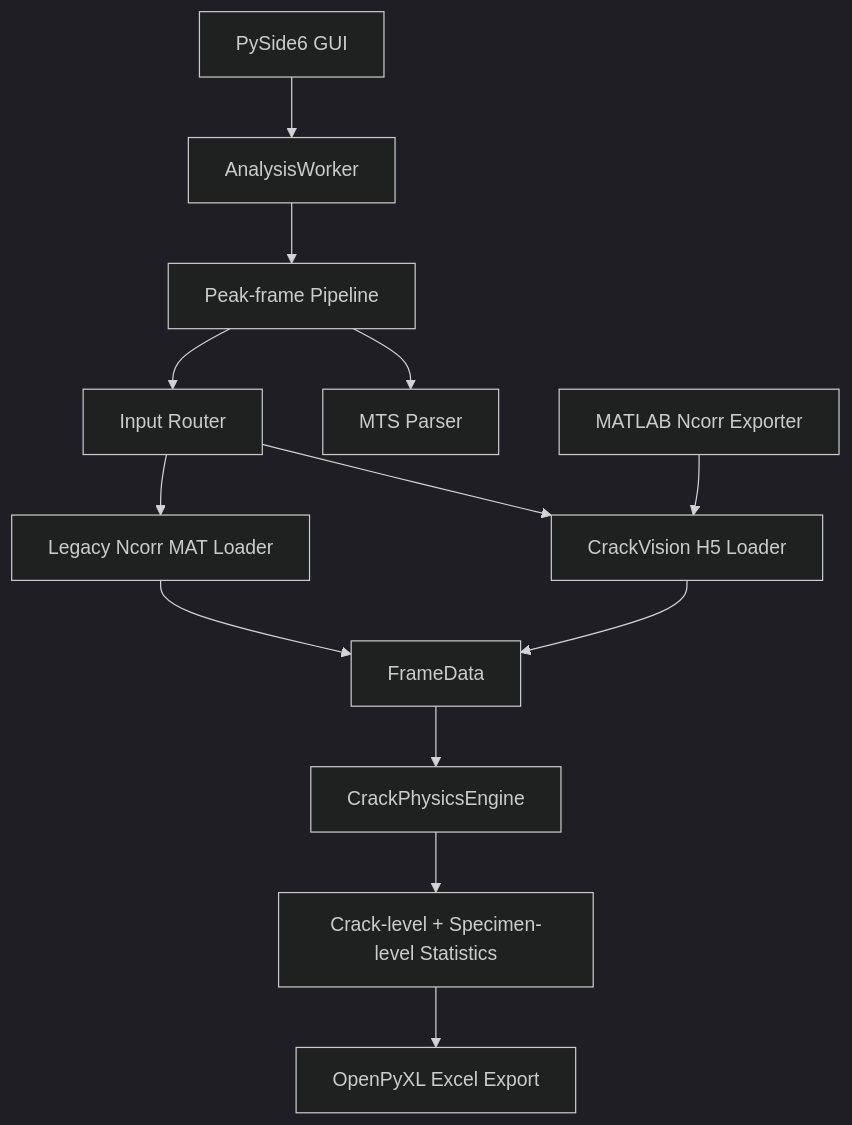
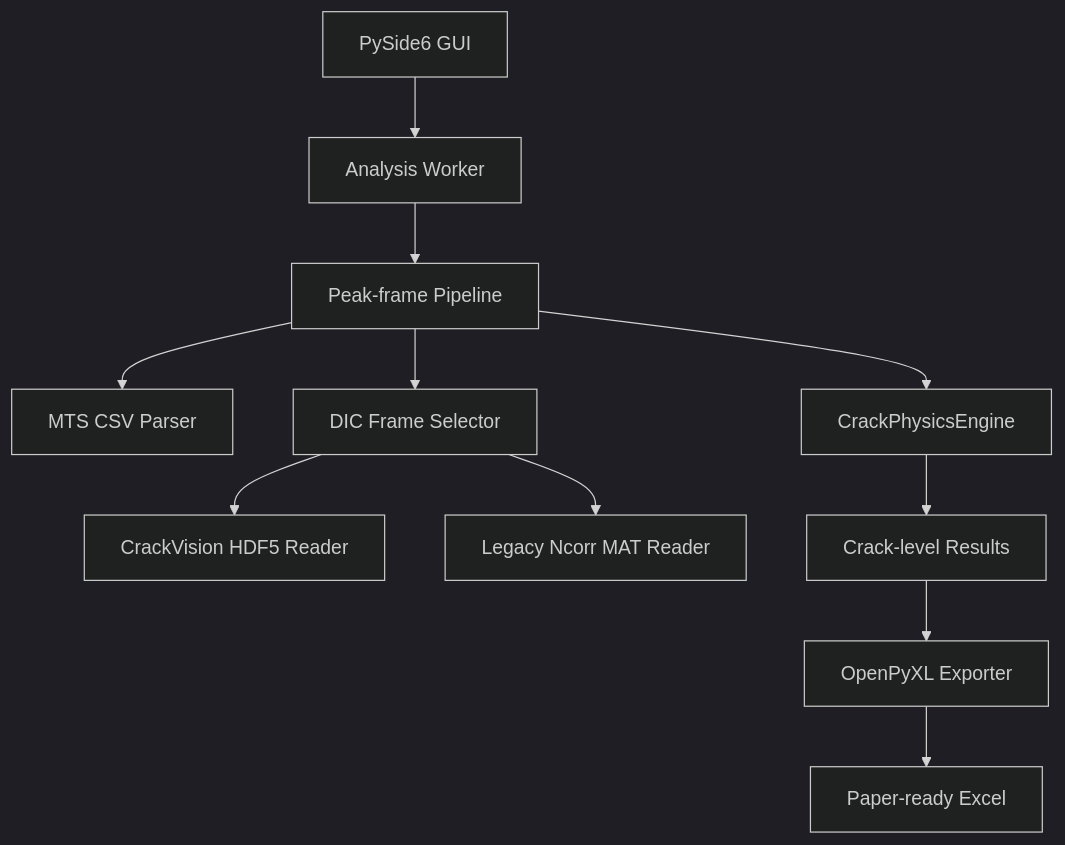
One commit to liqinglq666/CrackVision-DIC changed the fifth of 6 diagrams in README.md. Above: the diagram before and after it, drawn with Mermaid (dark theme). The commit also changed other lines of this file, not shown here.

Commit message:
docs: fix GitHub README math rendering and simplify diagrams

````diff
--- a/README.md
+++ b/README.md
@@ -750,20 +610,16 @@
 ```mermaid
-flowchart TB
-    UI[PySide6 GUI] --> WK[AnalysisWorker]
-    WK --> PL[Peak-frame Pipeline]
+flowchart TD
+    GUI[PySide6 GUI] --> WORKER[Analysis Worker]
+    WORKER --> PIPELINE[Peak-frame Pipeline]
 
-    PL --> MTS[MTS Parser]
-    PL --> IN[Input Router]
+    PIPELINE --> MTS[MTS CSV Parser]
+    PIPELINE --> INPUT[DIC Frame Selector]
 
-    IN --> H5[CrackVision H5 Loader]
-    IN --> MAT[Legacy Ncorr MAT Loader]
+    INPUT --> H5[CrackVision HDF5 Reader]
+    INPUT --> MAT[Legacy Ncorr MAT Reader]
 
-    H5 --> FD[FrameData]
-    MAT --> FD
-
-    FD --> PHY[CrackPhysicsEngine]
-    PHY --> SUM[Crack-level + Specimen-level Statistics]
-    SUM --> XLSX[OpenPyXL Excel Export]
-
-    MATLAB[MATLAB Ncorr Exporter] --> H5
+    PIPELINE --> PHYSICS[CrackPhysicsEngine]
+    PHYSICS --> RESULT[Crack-level Results]
+    RESULT --> EXPORT[OpenPyXL Exporter]
+    EXPORT --> XLSX[Paper-ready Excel]
 ```
````
